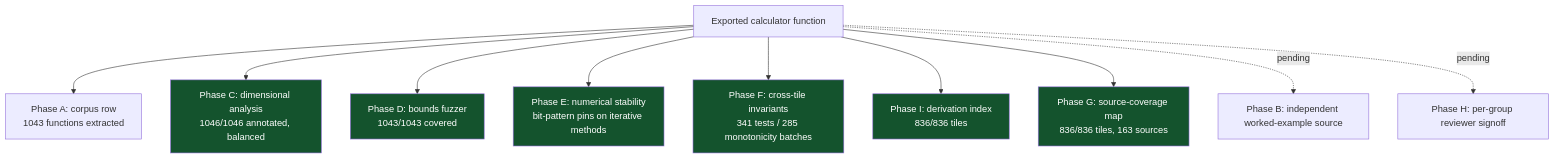
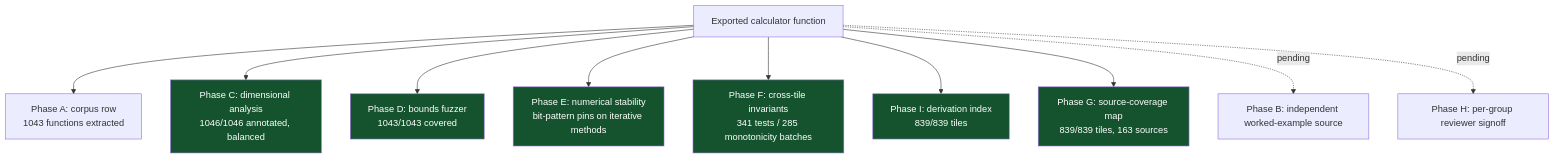
One commit to clay-good/roughlogic.com changed the sixth of 8 diagrams in README.md. Above: the diagram before and after it, drawn with Mermaid. The commit also changed other lines of this file and 19 other files, not shown here.

````diff
--- a/README.md
+++ b/README.md
@@ -519,18 +519,18 @@
 ```mermaid
 flowchart TB
     F[Exported calculator function] --> A[Phase A: corpus row\n1043 functions extracted]
     F --> C[Phase C: dimensional analysis\n1046/1046 annotated, balanced]
     F --> D[Phase D: bounds fuzzer\n1043/1043 covered]
     F --> E[Phase E: numerical stability\nbit-pattern pins on iterative methods]
     F --> Fa[Phase F: cross-tile invariants\n341 tests / 285 monotonicity batches]
-    F --> I[Phase I: derivation index\n836/836 tiles]
-    F --> G[Phase G: source-coverage map\n836/836 tiles, 163 sources]
+    F --> I[Phase I: derivation index\n839/839 tiles]
+    F --> G[Phase G: source-coverage map\n839/839 tiles, 163 sources]
     F -.pending.-> B[Phase B: independent worked-example source]
     F -.pending.-> H[Phase H: per-group reviewer signoff]
     style C fill:#14532d,color:#fff
     style D fill:#14532d,color:#fff
     style E fill:#14532d,color:#fff
     style Fa fill:#14532d,color:#fff
     style G fill:#14532d,color:#fff
     style I fill:#14532d,color:#fff
 ```
````
